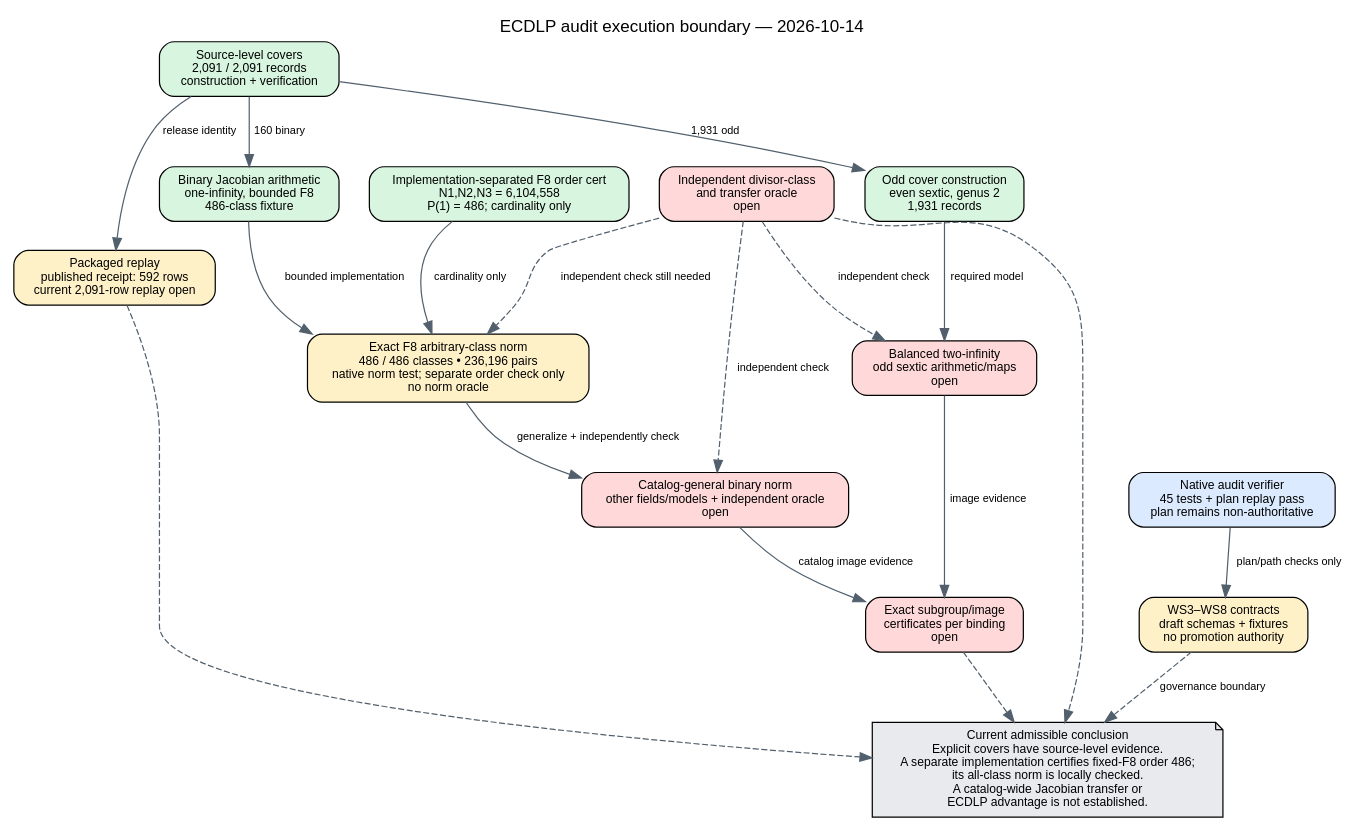
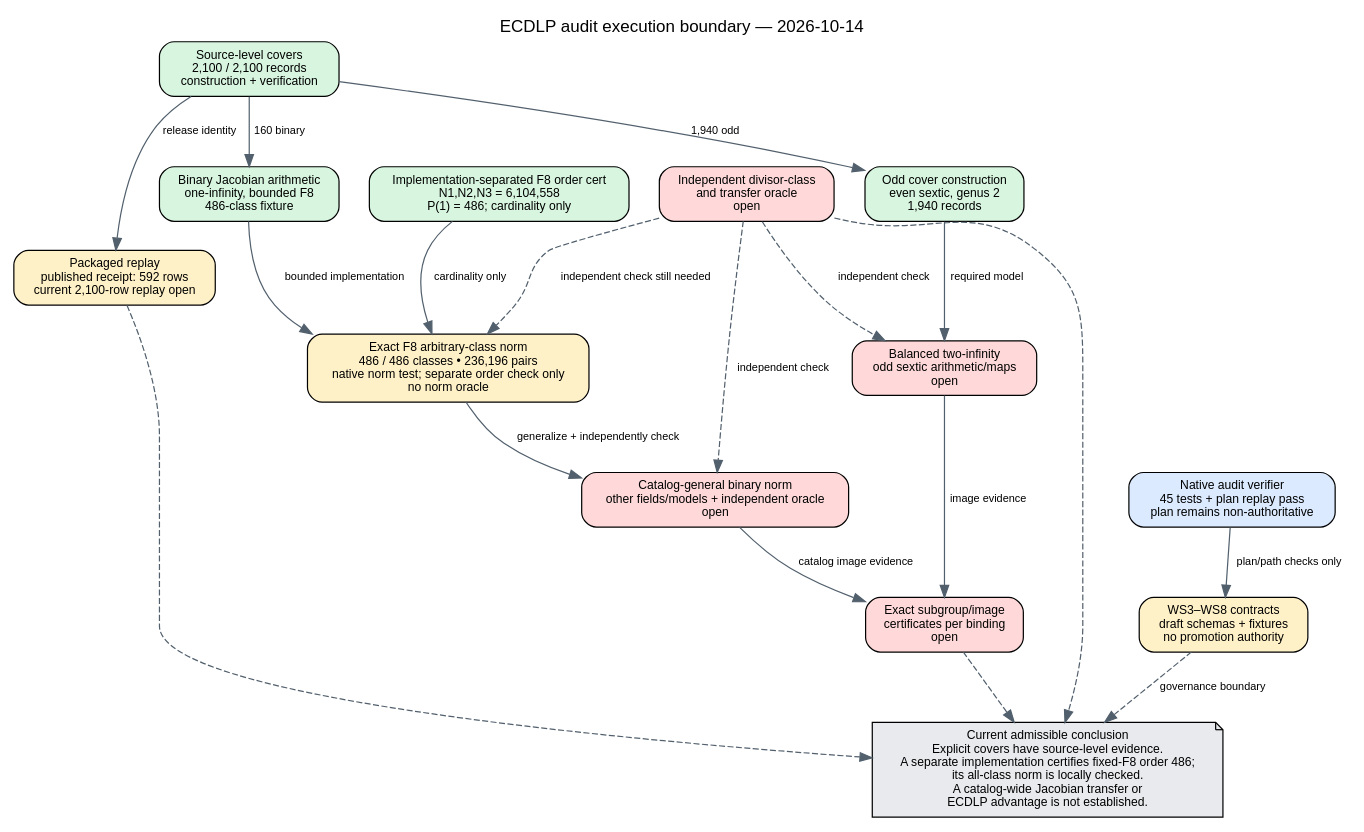
Before and after one commit to aburan28/crypto: the diagram in docs/ecdlp-audit/execution-boundary.dot, drawn with Graphviz. The commit also changed 28 other files, not shown here.

```diff
--- a/docs/ecdlp-audit/execution-boundary.dot
+++ b/docs/ecdlp-audit/execution-boundary.dot
@@ -1,45 +1,45 @@
 digraph execution_boundary {
   graph [
     bgcolor="white",
     fontname="Helvetica",
     label="ECDLP audit execution boundary — 2026-10-14",
     labelloc="t",
     nodesep="0.35",
     rankdir="TB",
     ranksep="0.65"
   ];
   node [fontname="Helvetica", fontsize="10", margin="0.12,0.08", shape="box", style="rounded,filled"];
   edge [color="#52606d", fontname="Helvetica", fontsize="9"];
 
-  covers [fillcolor="#d7f5df", label="Source-level covers\n2,091 / 2,091 records\nconstruction + verification"];
-  package [fillcolor="#fff1c7", label="Packaged replay\npublished receipt: 592 rows\ncurrent 2,091-row replay open"];
+  covers [fillcolor="#d7f5df", label="Source-level covers\n2,100 / 2,100 records\nconstruction + verification"];
+  package [fillcolor="#fff1c7", label="Packaged replay\npublished receipt: 592 rows\ncurrent 2,100-row replay open"];
   binary [fillcolor="#d7f5df", label="Binary Jacobian arithmetic\none-infinity, bounded F8\n486-class fixture"];
   order_cert [fillcolor="#d7f5df", label="Implementation-separated F8 order cert\nN1,N2,N3 = 6,104,558\nP(1) = 486; cardinality only"];
-  odd [fillcolor="#d7f5df", label="Odd cover construction\neven sextic, genus 2\n1,931 records"];
+  odd [fillcolor="#d7f5df", label="Odd cover construction\neven sextic, genus 2\n1,940 records"];
   norm [fillcolor="#fff1c7", label="Exact F8 arbitrary-class norm\n486 / 486 classes • 236,196 pairs\nnative norm test; separate order check only\nno norm oracle"];
   general_norm [fillcolor="#ffd9d9", label="Catalog-general binary norm\nother fields/models + independent oracle\nopen"];
   balanced [fillcolor="#ffd9d9", label="Balanced two-infinity\nodd sextic arithmetic/maps\nopen"];
   subgroup [fillcolor="#ffd9d9", label="Exact subgroup/image\ncertificates per binding\nopen"];
   oracle [fillcolor="#ffd9d9", label="Independent divisor-class\nand transfer oracle\nopen"];
   ledger [fillcolor="#dbeafe", label="Native audit verifier\n45 tests + plan replay pass\nplan remains non-authoritative"];
   drafts [fillcolor="#fff1c7", label="WS3–WS8 contracts\ndraft schemas + fixtures\nno promotion authority"];
   conclusion [fillcolor="#e8eaed", shape="note", label="Current admissible conclusion\nExplicit covers have source-level evidence.\nA separate implementation certifies fixed-F8 order 486;\nits all-class norm is locally checked.\nA catalog-wide Jacobian transfer or\nECDLP advantage is not established."];
 
   covers -> package [label="release identity"];
   covers -> binary [label="160 binary"];
-  covers -> odd [label="1,931 odd"];
+  covers -> odd [label="1,940 odd"];
   order_cert -> norm [label="cardinality only"];
   binary -> norm [label="bounded implementation"];
   norm -> general_norm [label="generalize + independently check"];
   odd -> balanced [label="required model"];
   general_norm -> subgroup [label="catalog image evidence"];
   balanced -> subgroup [label="image evidence"];
   oracle -> norm [label="independent check still needed", style="dashed"];
   oracle -> general_norm [label="independent check", style="dashed"];
   oracle -> balanced [label="independent check", style="dashed"];
   ledger -> drafts [label="plan/path checks only"];
   package -> conclusion [style="dashed"];
   subgroup -> conclusion [style="dashed"];
   oracle -> conclusion [style="dashed"];
   drafts -> conclusion [label="governance boundary", style="dashed"];
 }
```
